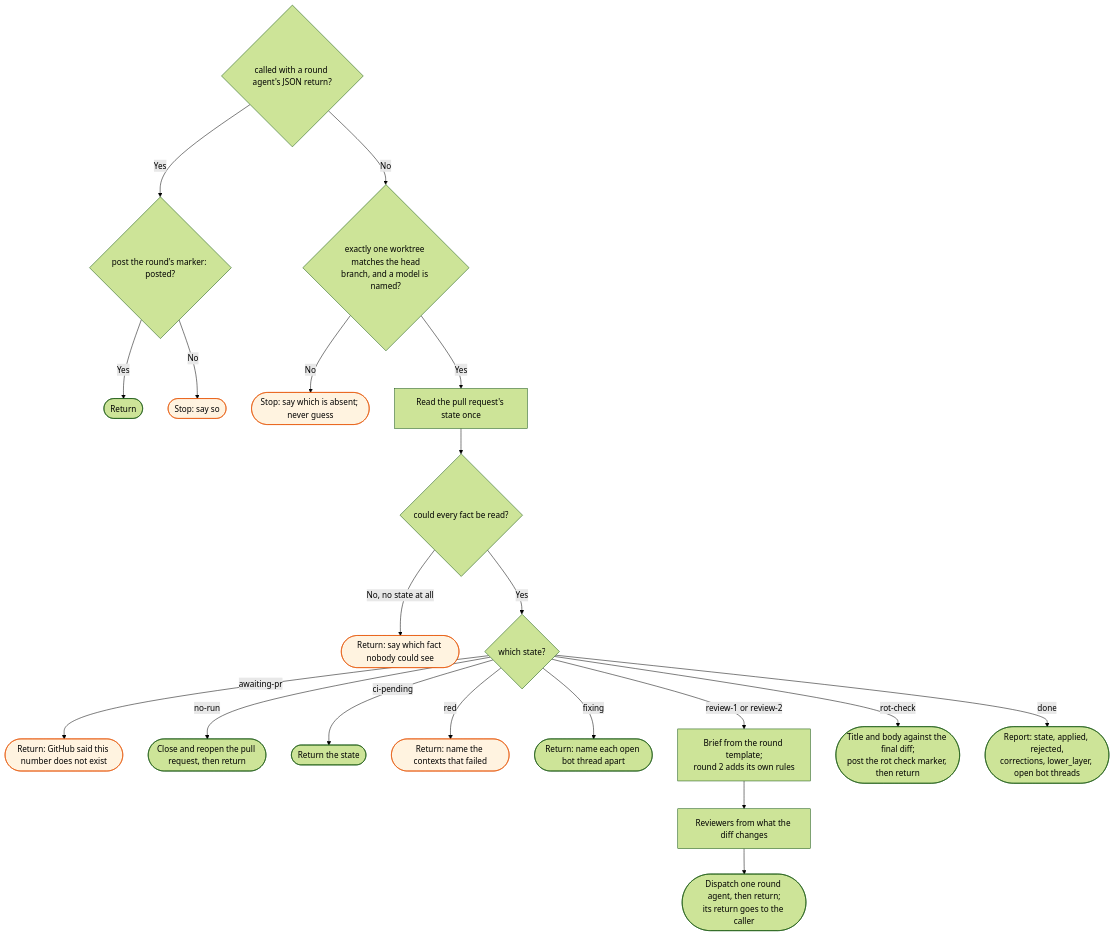
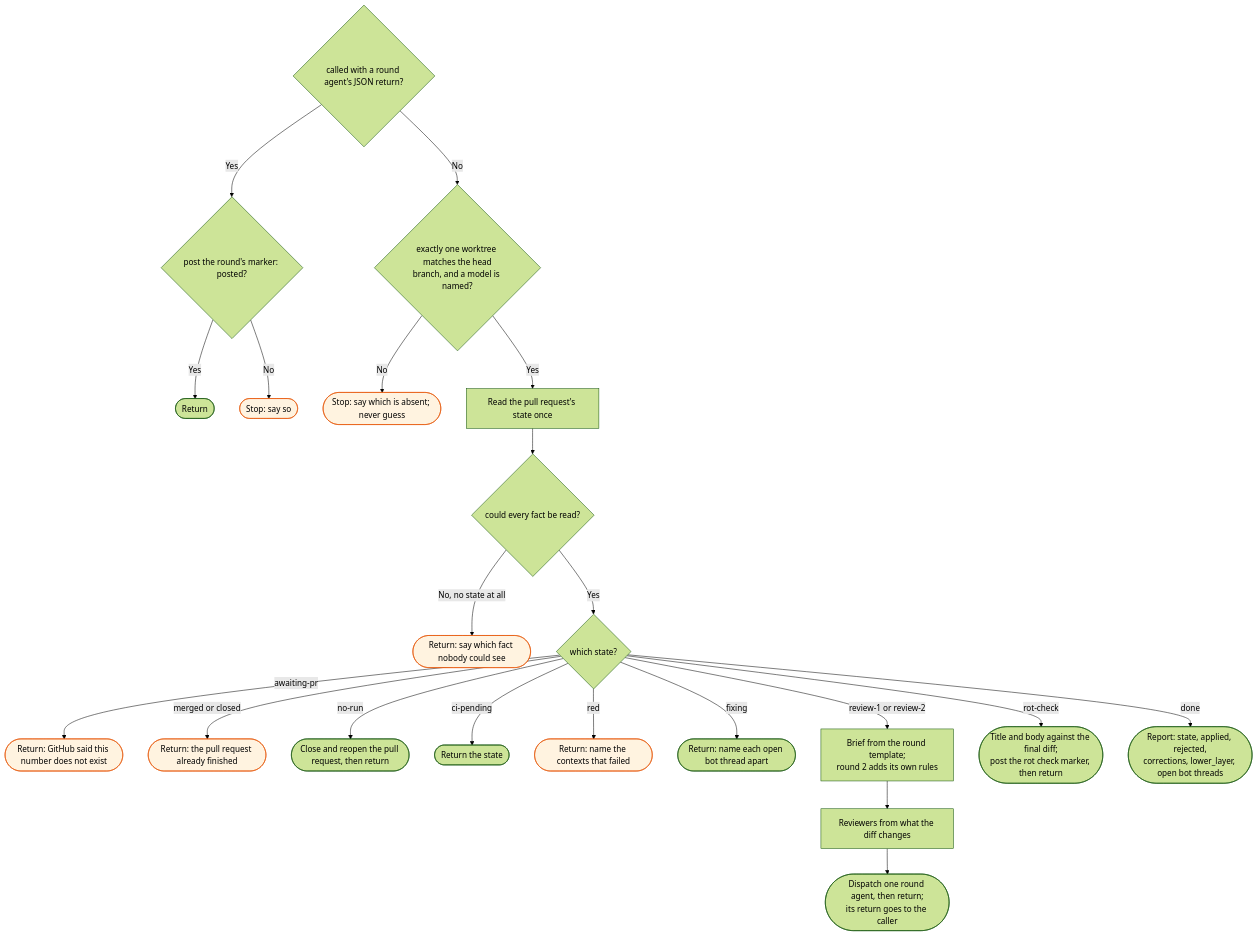
The diagram in docs/flows/workstreams/review/_skill-flow.md (bje-settings/claude), drawn with Mermaid (forest theme) before and after one commit. The commit also changed other lines of this file and 10 other files, not shown here.

First line of the commit message:
fix(workstreams): pr-state names a merged or closed pull request final (#285)

````diff
--- a/docs/flows/workstreams/review/_skill-flow.md
+++ b/docs/flows/workstreams/review/_skill-flow.md
@@ -15,29 +15,30 @@
 ```mermaid
 flowchart TD
     R0{called with a round agent's JSON return?}
     R0 -->|Yes| R2{post the round's marker: posted?}
     R2 -->|Yes| R1([Return])
     R2 -->|No| R3([Stop: say so]):::stop
     R0 -->|No| W{exactly one worktree matches the head<br/>branch, and a model is named?}
     W -->|No| W1([Stop: say which is absent; never guess]):::stop
     W -->|Yes| C[Read the pull request's state once]
 
     C --> D{could every fact be read?}
     D -->|No, no state at all| D1([Return: say which fact nobody could see]):::stop
     D -->|Yes| E{which state?}
 
     E -->|awaiting-pr| E1([Return: GitHub said this number does not exist]):::stop
+    E -->|merged or closed| E1b([Return: the pull request already finished]):::stop
     E -->|no-run| F([Close and reopen the pull request, then return])
     E -->|ci-pending| G([Return the state])
     E -->|red| G1([Return: name the contexts that failed]):::stop
     E -->|fixing| G2([Return: name each open bot thread apart])
 
     E -->|review-1 or review-2| I[Brief from the round template;<br/>round 2 adds its own rules]
     I --> J[Reviewers from what the diff changes]
     J --> K([Dispatch one round agent, then return;<br/>its return goes to the caller])
 
     E -->|rot-check| Q([Title and body against the final diff;<br/>post the rot check marker, then return])
     E -->|done| S([Report: state, applied, rejected,<br/>corrections, lower_layer, open bot threads])
 
     classDef stop fill:#fff3e0,stroke:#e65100,color:#000
 ```
````
